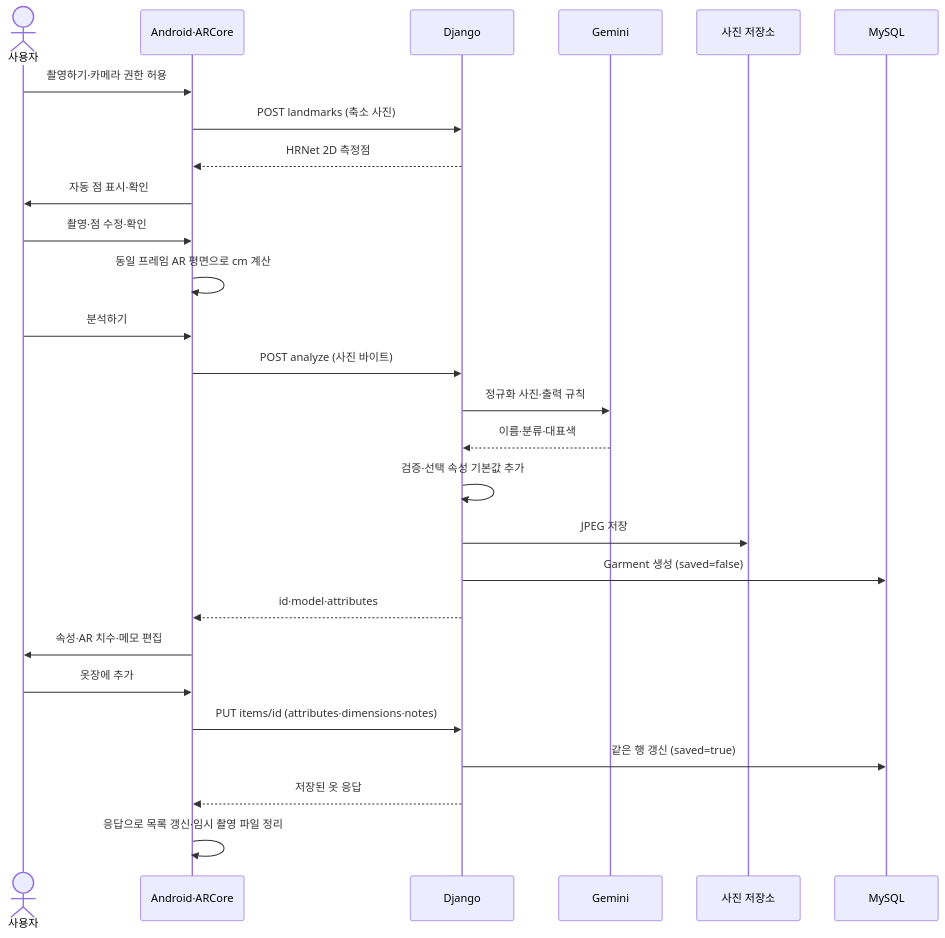
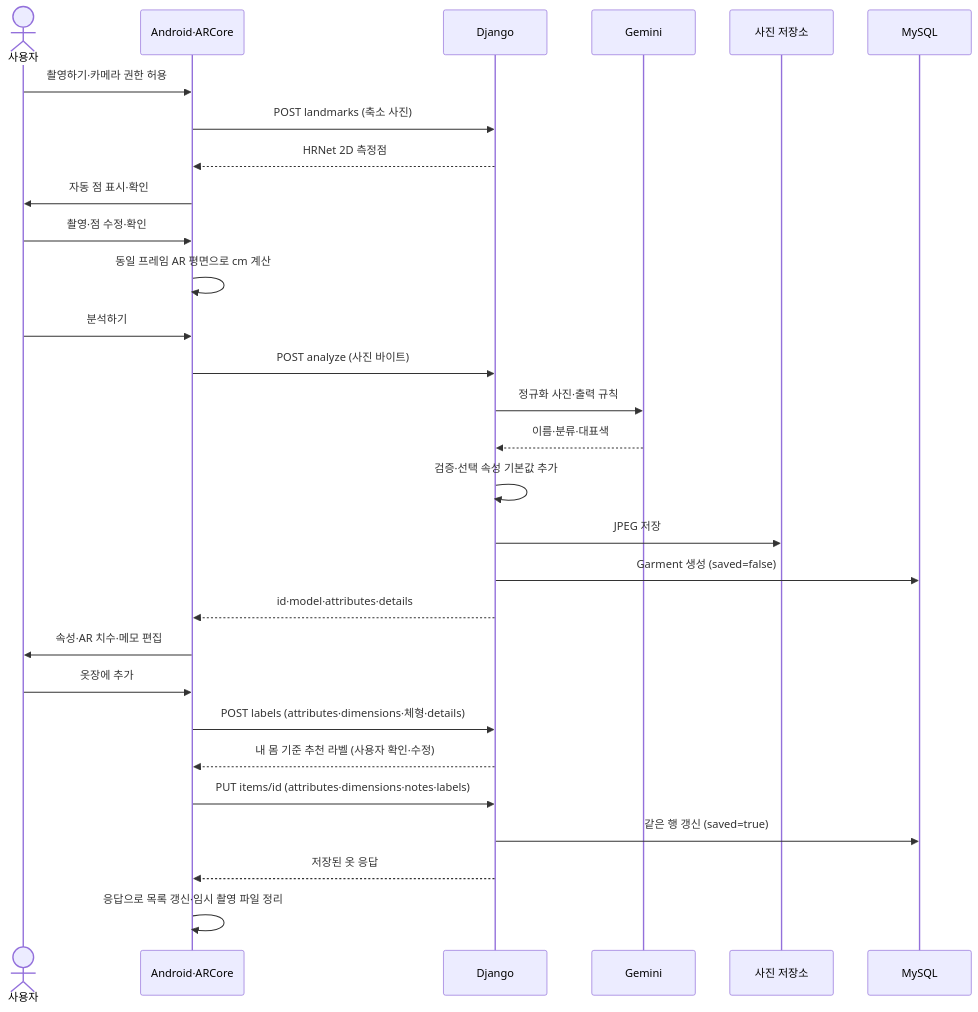
Before and after one commit to snuhcs-course/swpp-2026-project-team-14: the diagram in docs/wardrobe/wardrobe-flow.md, drawn with Mermaid. The commit also changed other lines of this file and 13 other files, not shown here.

````diff
--- a/docs/wardrobe/wardrobe-flow.md
+++ b/docs/wardrobe/wardrobe-flow.md
@@ -19,29 +19,31 @@
 ```mermaid
 sequenceDiagram
     actor User as 사용자
     participant App as Android·ARCore
     participant BE as Django
     participant AI as Gemini
     participant Files as 사진 저장소
     participant DB as MySQL
     User->>App: 촬영하기·카메라 권한 허용
     App->>BE: POST landmarks (축소 사진)
     BE-->>App: HRNet 2D 측정점
     App->>User: 자동 점 표시·확인
     User->>App: 촬영·점 수정·확인
     App->>App: 동일 프레임 AR 평면으로 cm 계산
     User->>App: 분석하기
     App->>BE: POST analyze (사진 바이트)
     BE->>AI: 정규화 사진·출력 규칙
     AI-->>BE: 이름·분류·대표색
     BE->>BE: 검증·선택 속성 기본값 추가
     BE->>Files: JPEG 저장
     BE->>DB: Garment 생성 (saved=false)
-    BE-->>App: id·model·attributes
+    BE-->>App: id·model·attributes·details
     App->>User: 속성·AR 치수·메모 편집
     User->>App: 옷장에 추가
-    App->>BE: PUT items/id (attributes·dimensions·notes)
+    App->>BE: POST labels (attributes·dimensions·체형·details)
+    BE-->>App: 내 몸 기준 추천 라벨 (사용자 확인·수정)
+    App->>BE: PUT items/id (attributes·dimensions·notes·labels)
     BE->>DB: 같은 행 갱신 (saved=true)
     BE-->>App: 저장된 옷 응답
     App->>App: 응답으로 목록 갱신·임시 촬영 파일 정리
 ```
````
